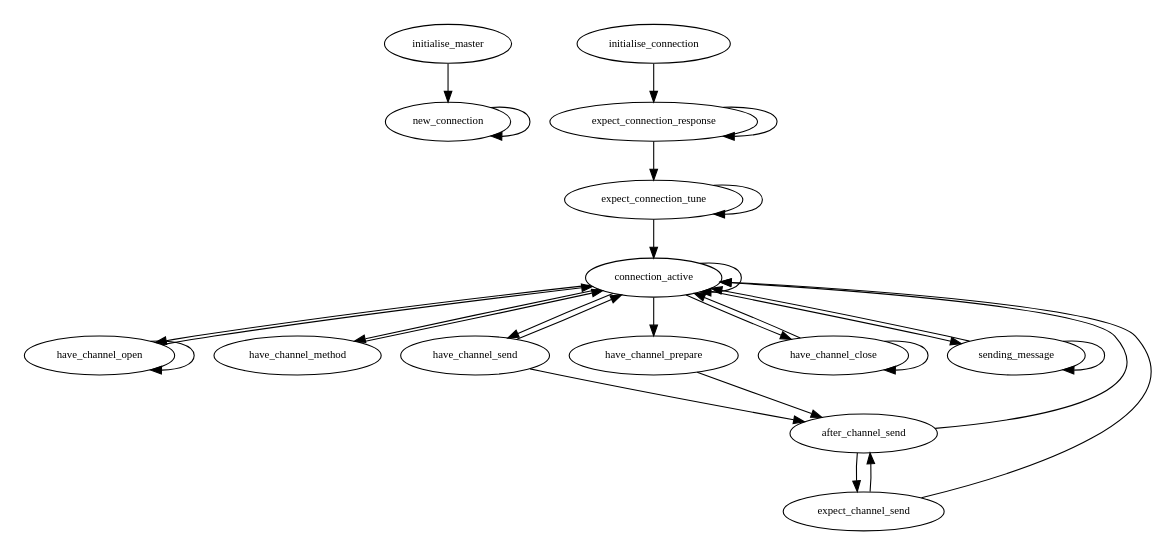
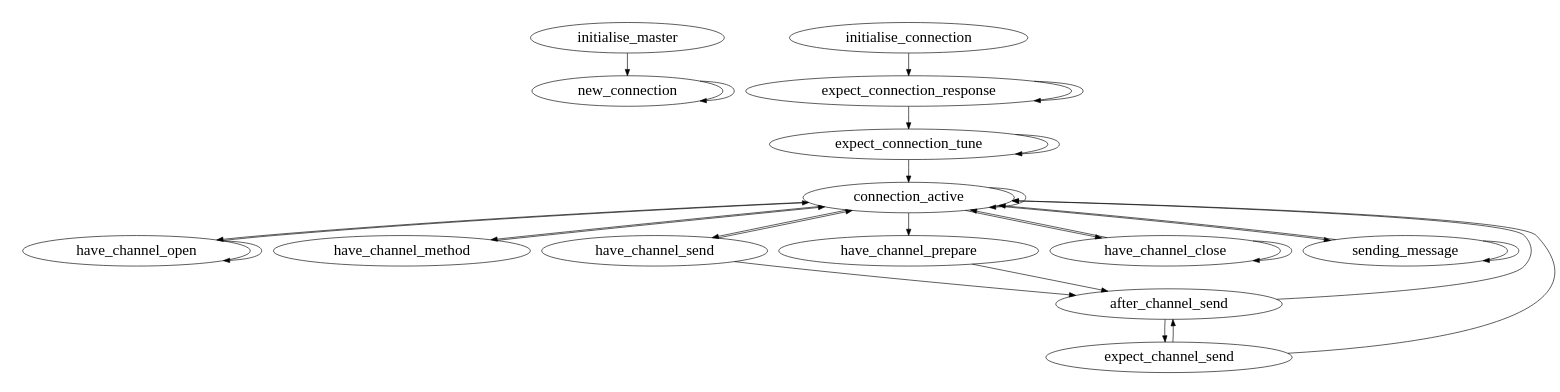
Before and after one commit to imatix/openamq: the diagram in doc/amq_server_agent.dot, drawn with Graphviz. The commit also changed 4 other files, not shown here.

```diff
--- a/doc/amq_server_agent.dot
+++ b/doc/amq_server_agent.dot
@@ -1,36 +1,36 @@
 digraph ServerAgent {
-    size = "6,12";
-    node [fontsize=10];
+    size = "8,11";
+    node [fontsize=24];
     subgraph master {
         initialise_master -> new_connection;
         new_connection -> new_connection;
     }
     subgraph client {
         initialise_connection -> expect_connection_response;
         expect_connection_response -> expect_connection_tune;
         expect_connection_response -> expect_connection_response;
         expect_connection_tune -> expect_connection_tune;
         expect_connection_tune -> connection_active;
         connection_active -> connection_active;
         connection_active -> have_channel_open;
         connection_active -> have_channel_method;
         connection_active -> have_channel_send;
         connection_active -> have_channel_prepare;
         connection_active -> have_channel_close;
         connection_active -> sending_message;
         have_channel_open -> connection_active;
         have_channel_open -> have_channel_open;
         have_channel_method -> connection_active;
         have_channel_send -> after_channel_send;
         have_channel_send -> connection_active;
         after_channel_send -> expect_channel_send;
         after_channel_send -> connection_active;
         expect_channel_send -> after_channel_send;
         expect_channel_send -> connection_active;
         have_channel_prepare -> after_channel_send;
         have_channel_close -> have_channel_close;
         have_channel_close -> connection_active;
         sending_message -> sending_message;
         sending_message -> connection_active;
     }
 }
```
